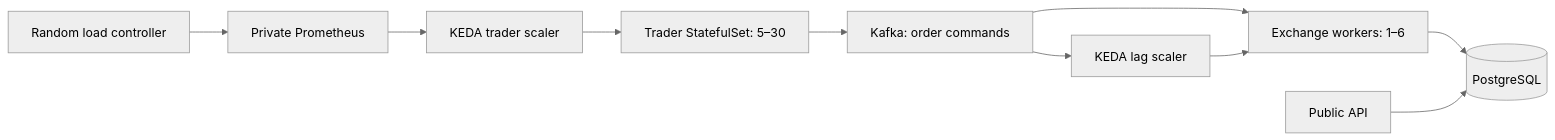
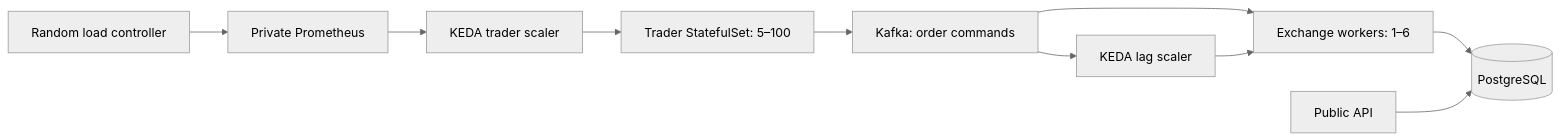
The diagram in docs/keda-scaling.md (garyrizzo1992/dummy_exchange), drawn with Mermaid (neutral theme) before and after one commit. The commit also changed other lines of this file and 9 other files, not shown here.

````diff
--- a/docs/keda-scaling.md
+++ b/docs/keda-scaling.md
@@ -9,12 +9,12 @@
 ```mermaid
 flowchart LR
   L[Random load controller] --> P[Private Prometheus]
   P --> KT[KEDA trader scaler]
-  KT --> T[Trader StatefulSet: 5–30]
+  KT --> T[Trader StatefulSet: 5–100]
   T --> K[Kafka: order commands]
   K --> W[Exchange workers: 1–6]
   K --> KW[KEDA lag scaler]
   KW --> W
   W --> DB[(PostgreSQL)]
   API[Public API] --> DB
 ```
````
